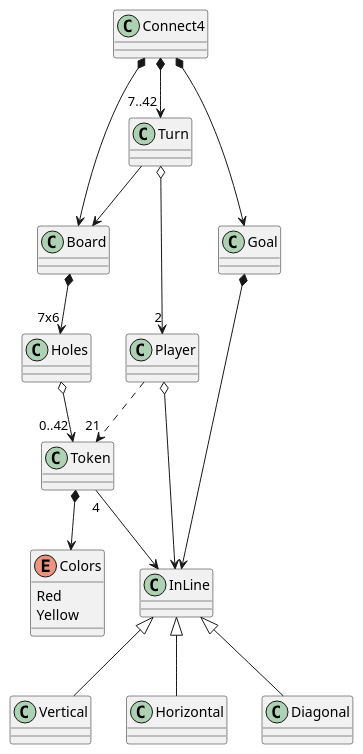
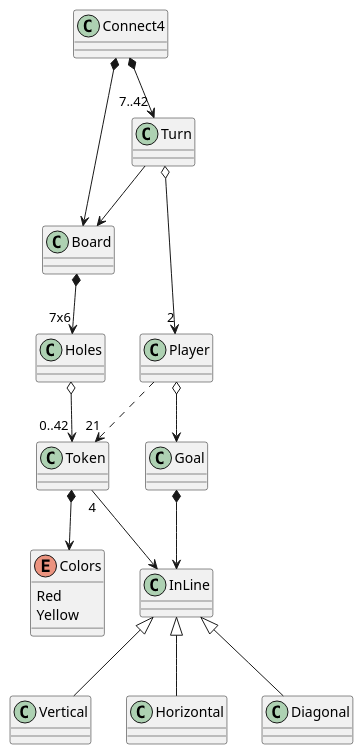
The diagram in UML/domainModel.puml (jumpering/connect4), drawn with PlantUML before and after one commit. The commit also changed 1 other file, not shown here.

```diff
--- a/UML/domainModel.puml
+++ b/UML/domainModel.puml
@@ -1,39 +1,38 @@
 @startuml
 class Connect4
 class Board
 class Token
 class Turn
 class Player
 class Holes
 class Goal
 class InLine
 enum Colors{
 Red
 Yellow
 }
 
 Connect4 *--> Board
 Connect4 *--> "7..42" Turn
-Connect4 *--> Goal
+Player o--> Goal
 
 Goal *--> InLine
 
 Token "4" -->  InLine
-Player o--> InLine
 
 InLine <|-- Vertical
 InLine <|-- Horizontal
 InLine <|-- Diagonal
 
 
 Turn o--> "2" Player
 Turn --> Board
 
 Board *--> "7x6" Holes
 
 Holes o--> "0..42" Token
 
 Player ..> "21" Token
 
 Token *--> Colors
 @enduml
```
